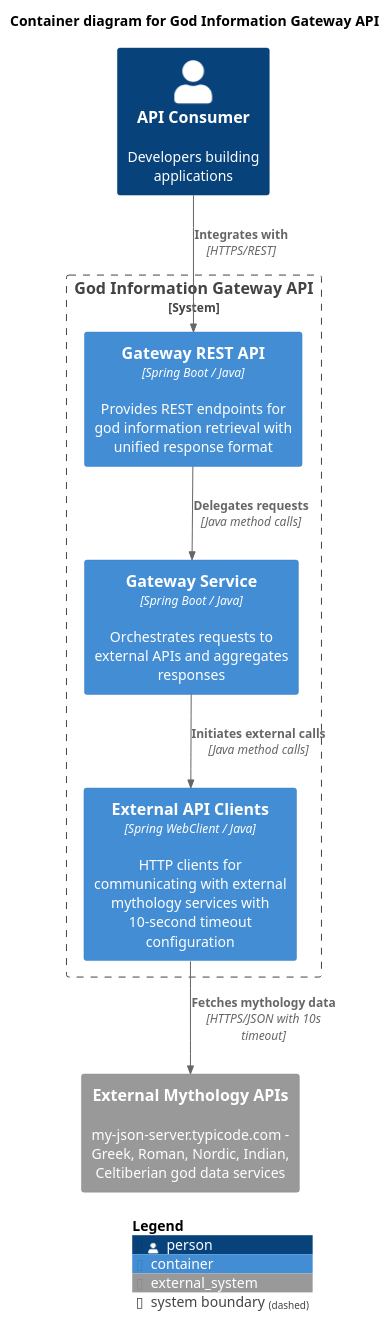
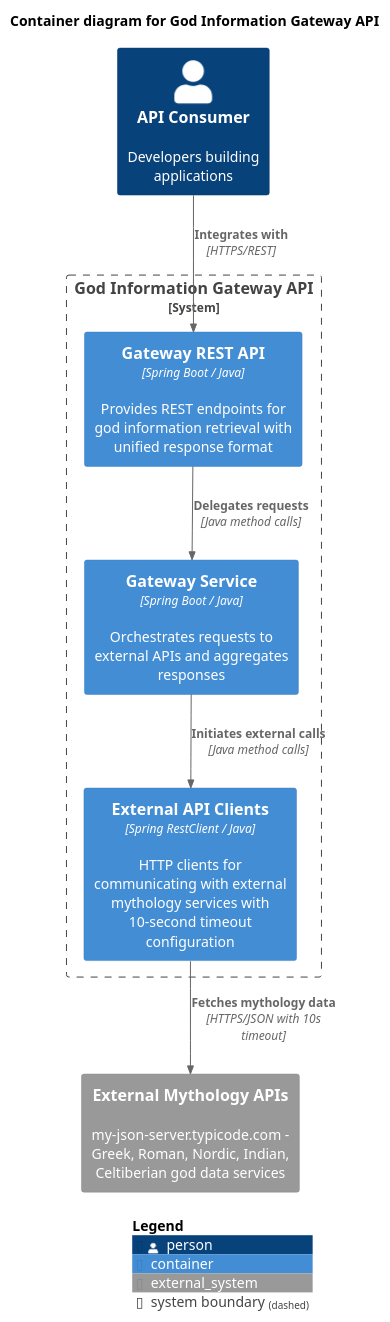
Before and after one commit to jabrena/cursor-rules-agile: the diagram in examples/problem3/design/GodGateway_Container.puml, drawn with PlantUML. The commit also changed 11 other files, not shown here.

```diff
--- a/examples/problem3/design/GodGateway_Container.puml
+++ b/examples/problem3/design/GodGateway_Container.puml
@@ -1,28 +1,28 @@
 @startuml God Information Gateway API - Container
 !include https://raw.githubusercontent.com/plantuml-stdlib/C4-PlantUML/master/C4_Container.puml
 
 title Container diagram for God Information Gateway API
 
 ' External Actors
 Person(apiConsumer, "API Consumer", "Developers building applications")
 
 ' External Systems
 System_Ext(externalMythologyApis, "External Mythology APIs", "my-json-server.typicode.com - Greek, Roman, Nordic, Indian, Celtiberian god data services")
 
 ' System Boundary
 System_Boundary(godGatewaySystem, "God Information Gateway API") {
     Container(gatewayApi, "Gateway REST API", "Spring Boot / Java", "Provides REST endpoints for god information retrieval with unified response format")
     Container(gatewayService, "Gateway Service", "Spring Boot / Java", "Orchestrates requests to external APIs and aggregates responses")
-    Container(externalApiClients, "External API Clients", "Spring WebClient / Java", "HTTP clients for communicating with external mythology services with 10-second timeout configuration")
+    Container(externalApiClients, "External API Clients", "Spring RestClient / Java", "HTTP clients for communicating with external mythology services with 10-second timeout configuration")
 }
 
 ' Relationships
 Rel(apiConsumer, gatewayApi, "Integrates with", "HTTPS/REST")
 
 Rel(gatewayApi, gatewayService, "Delegates requests", "Java method calls")
 Rel(gatewayService, externalApiClients, "Initiates external calls", "Java method calls")
 
 Rel(externalApiClients, externalMythologyApis, "Fetches mythology data", "HTTPS/JSON with 10s timeout")
 
 SHOW_LEGEND()
 @enduml 
```
